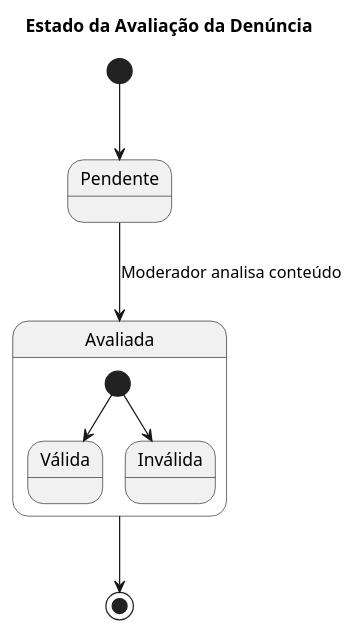
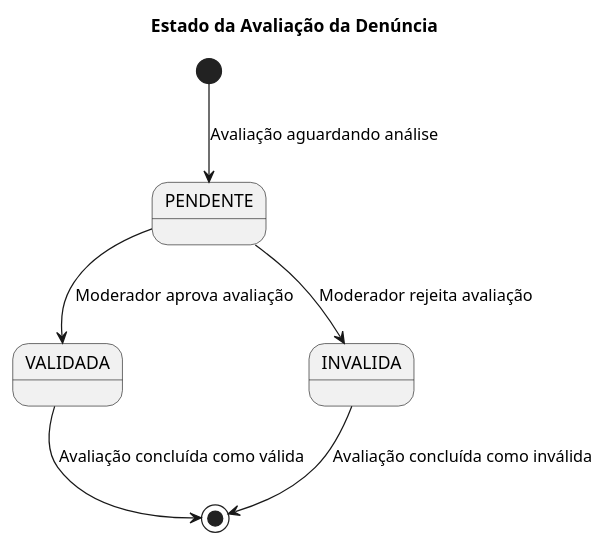
The diagram in modelos/DE_avaliacao.puml (rafa-alves6/Reclama.se-AOO), drawn with PlantUML before and after one commit.

```diff
--- a/modelos/DE_avaliacao.puml
+++ b/modelos/DE_avaliacao.puml
@@ -1,13 +1,12 @@
 @startuml
 title Estado da Avaliação da Denúncia
 
-[*] --> Pendente
-Pendente --> Avaliada : Moderador analisa conteúdo
-Avaliada --> [*]
+[*] --> PENDENTE : Avaliação aguardando análise
 
-state Avaliada {
-  [*] --> Válida
-  [*] --> Inválida
-}
+PENDENTE --> VALIDADA : Moderador aprova avaliação
+PENDENTE --> INVALIDA : Moderador rejeita avaliação
+
+VALIDADA --> [*] : Avaliação concluída como válida
+INVALIDA --> [*] : Avaliação concluída como inválida
 
 @enduml
```
